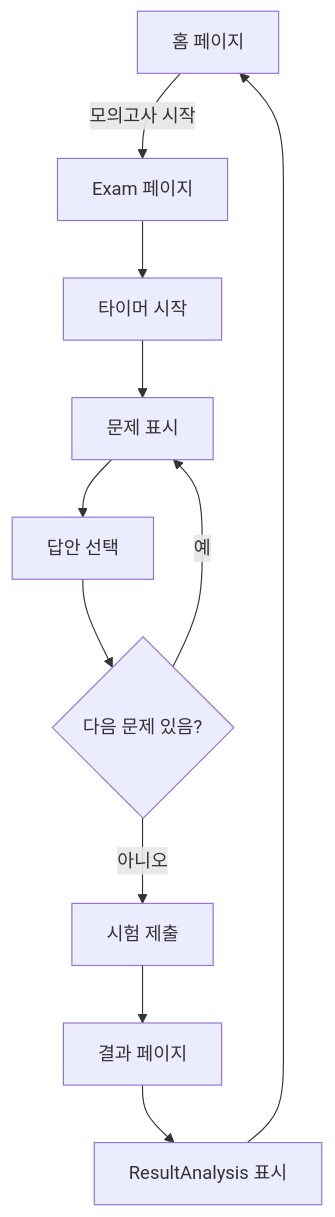
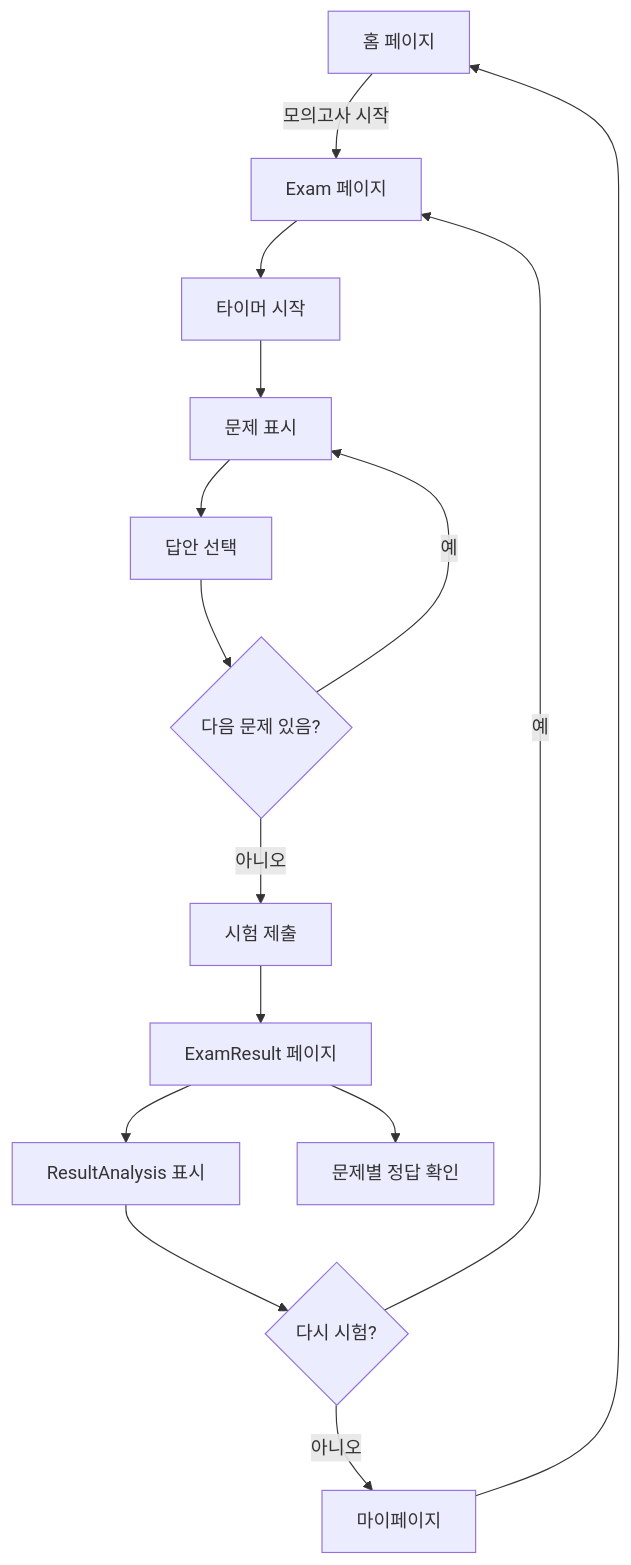
Before and after one commit to EHWIYA/adsp-quiz-front: the second of 4 diagrams in docs-site/docs/ui-ux/flows/user-flows.md, drawn with Mermaid. The commit also changed other lines of this file and 40 other files, not shown here.

````diff
--- a/docs-site/docs/ui-ux/flows/user-flows.md
+++ b/docs-site/docs/ui-ux/flows/user-flows.md
@@ -19,13 +19,17 @@
 ```mermaid
 flowchart TD
     A[홈 페이지] -->|모의고사 시작| B[Exam 페이지]
     B --> C[타이머 시작]
     C --> D[문제 표시]
     D --> E[답안 선택]
     E --> F{다음 문제 있음?}
     F -->|예| D
     F -->|아니오| G[시험 제출]
-    G --> H[결과 페이지]
+    G --> H[ExamResult 페이지]
     H --> I[ResultAnalysis 표시]
-    I --> A
+    H --> J[문제별 정답 확인]
+    I --> K{다시 시험?}
+    K -->|예| B
+    K -->|아니오| L[마이페이지]
+    L --> A
 ```
````
